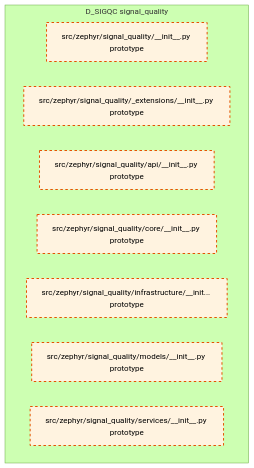
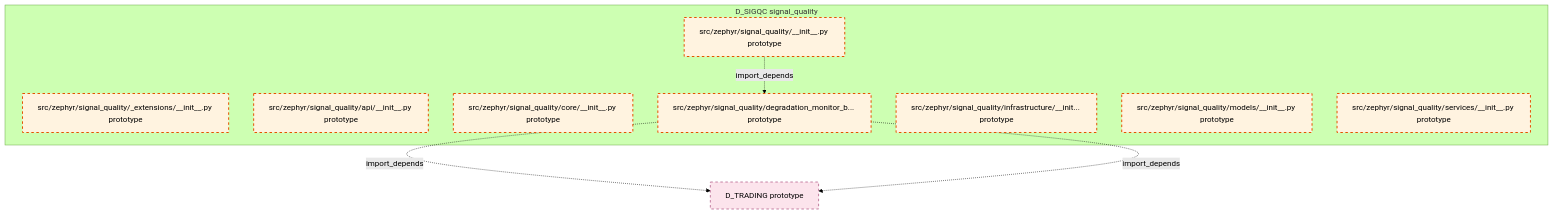
Before and after one commit to xuanFelixVan/ZephyrAlpha: the diagram in docs/02_enterprise_architecture/02_domain_architecture_docs/46_d_sigqc.md, drawn with Mermaid (forest theme). The commit also changed other lines of this file and 99 other files, not shown here.

````diff
--- a/docs/02_enterprise_architecture/02_domain_architecture_docs/46_d_sigqc.md
+++ b/docs/02_enterprise_architecture/02_domain_architecture_docs/46_d_sigqc.md
@@ -47,17 +47,23 @@
 ```mermaid
 graph TD
     subgraph D_SIGQC["D_SIGQC signal_quality"]
         src_zephyr_signal_quality_init_py["src/zephyr/signal_quality/__init__.py prototype"]
         src_zephyr_signal_quality_extensions_init_py["src/zephyr/signal_quality/_extensions/__init__.py prototype"]
         src_zephyr_signal_quality_api_init_py["src/zephyr/signal_quality/api/__init__.py prototype"]
         src_zephyr_signal_quality_core_init_py["src/zephyr/signal_quality/core/__init__.py prototype"]
+        src_zephyr_signal_quality_degradation_monitor_base_py["src/zephyr/signal_quality/degradation_monitor_b... prototype"]
         src_zephyr_signal_quality_infrastructure_init_py["src/zephyr/signal_quality/infrastructure/__init... prototype"]
         src_zephyr_signal_quality_models_init_py["src/zephyr/signal_quality/models/__init__.py prototype"]
         src_zephyr_signal_quality_services_init_py["src/zephyr/signal_quality/services/__init__.py prototype"]
     end
+    src_zephyr_signal_quality_init_py -.->|import_depends| src_zephyr_signal_quality_degradation_monitor_base_py
+    D_TRADING["D_TRADING prototype"]
+    src_zephyr_signal_quality_degradation_monitor_base_py -.->|import_depends| D_TRADING
+    src_zephyr_signal_quality_degradation_monitor_base_py -.->|import_depends| D_TRADING
     classDef production fill:#e1f5fe,stroke:#01579b,stroke-width:2px,color:#000
     classDef design fill:#fff3e0,stroke:#e65100,stroke-width:2px,color:#000,stroke-dasharray: 5 5
     classDef external_prod fill:#e8f5e9,stroke:#1b5e20,stroke-width:1px,color:#000
     classDef external_design fill:#fce4ec,stroke:#880e4f,stroke-width:1px,color:#000,stroke-dasharray: 5 5
-    class src_zephyr_signal_quality_init_py,src_zephyr_signal_quality_extensions_init_py,src_zephyr_signal_quality_api_init_py,src_zephyr_signal_quality_core_init_py,src_zephyr_signal_quality_infrastructure_init_py,src_zephyr_signal_quality_models_init_py,src_zephyr_signal_quality_services_init_py design
+    class src_zephyr_signal_quality_init_py,src_zephyr_signal_quality_extensions_init_py,src_zephyr_signal_quality_api_init_py,src_zephyr_signal_quality_core_init_py,src_zephyr_signal_quality_degradation_monitor_base_py,src_zephyr_signal_quality_infrastructure_init_py,src_zephyr_signal_quality_models_init_py,src_zephyr_signal_quality_services_init_py design
+    class D_TRADING external_design
 ```
````
